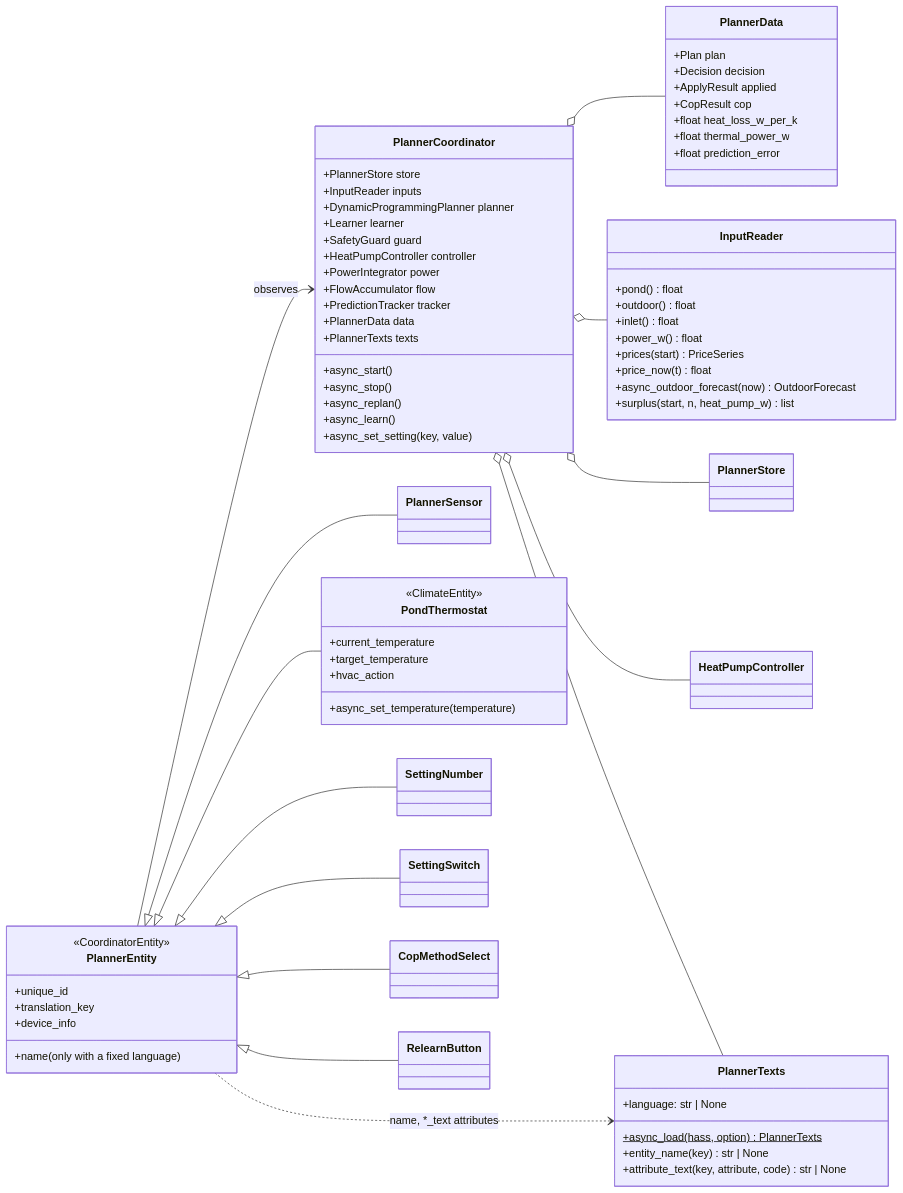
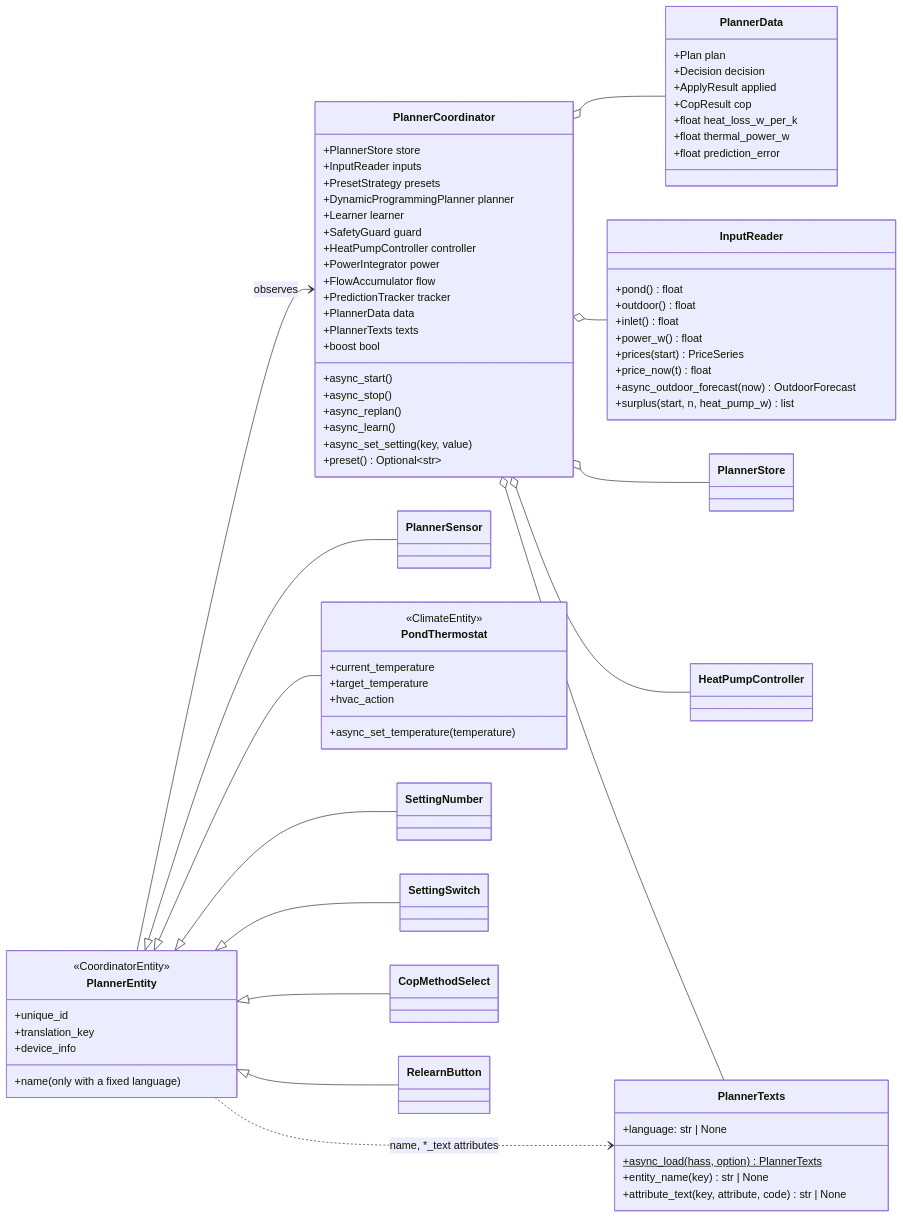
Diagram 17 of 25 in docs/architecture.md (abroeders/pond-heatpump-price-planner), drawn with Mermaid before and after one commit. The commit also changed other lines of this file and 6 other files, not shown here.

Commit message:
docs: boost mode and capacity preset (#37)

````diff
--- a/docs/architecture.md
+++ b/docs/architecture.md
@@ -682,79 +735,82 @@
 ```mermaid
 classDiagram
     direction LR
     class PlannerCoordinator {
         +PlannerStore store
         +InputReader inputs
+        +PresetStrategy presets
         +DynamicProgrammingPlanner planner
         +Learner learner
         +SafetyGuard guard
         +HeatPumpController controller
         +PowerIntegrator power
         +FlowAccumulator flow
         +PredictionTracker tracker
         +PlannerData data
         +PlannerTexts texts
         +async_start()
         +async_stop()
         +async_replan()
         +async_learn()
         +async_set_setting(key, value)
+        +boost bool
+        +preset() Optional~str~
     }
     class PlannerData {
         +Plan plan
         +Decision decision
         +ApplyResult applied
         +CopResult cop
         +float heat_loss_w_per_k
         +float thermal_power_w
         +float prediction_error
     }
     class InputReader {
         +pond() float
         +outdoor() float
         +inlet() float
         +power_w() float
         +prices(start) PriceSeries
         +price_now(t) float
         +async_outdoor_forecast(now) OutdoorForecast
         +surplus(start, n, heat_pump_w) list
     }
     class PlannerEntity {
         <<CoordinatorEntity>>
         +unique_id
         +translation_key
         +name (only with a fixed language)
         +device_info
     }
     class PlannerTexts {
         +language: str | None
         +async_load(hass, option)$ PlannerTexts
         +entity_name(key) str | None
         +attribute_text(key, attribute, code) str | None
     }
     class PlannerSensor
     class PondThermostat {
         <<ClimateEntity>>
         +current_temperature
         +target_temperature
         +hvac_action
         +async_set_temperature(temperature)
     }
     class SettingNumber
     class SettingSwitch
     class CopMethodSelect
     class RelearnButton
     PlannerCoordinator o-- PlannerData
     PlannerCoordinator o-- InputReader
     PlannerCoordinator o-- PlannerStore
     PlannerCoordinator o-- HeatPumpController
     PlannerCoordinator o-- PlannerTexts
     PlannerEntity <|-- PlannerSensor
     PlannerEntity <|-- PondThermostat
     PlannerEntity <|-- SettingNumber
     PlannerEntity <|-- SettingSwitch
     PlannerEntity <|-- CopMethodSelect
     PlannerEntity <|-- RelearnButton
     PlannerEntity --> PlannerCoordinator : observes
     PlannerEntity ..> PlannerTexts : name, *_text attributes
 ```
````
